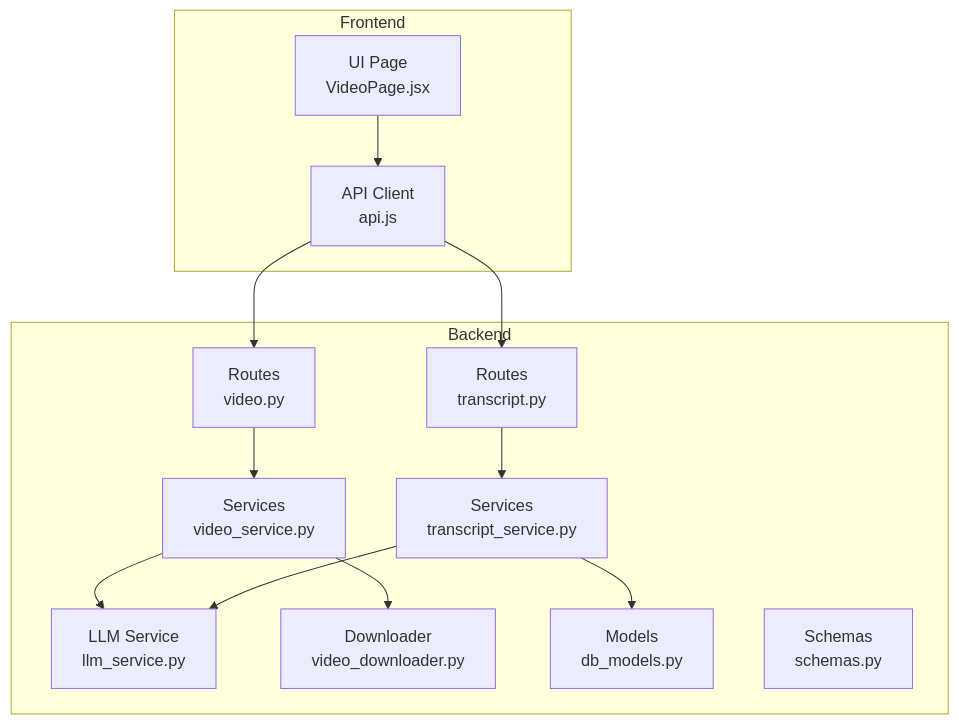
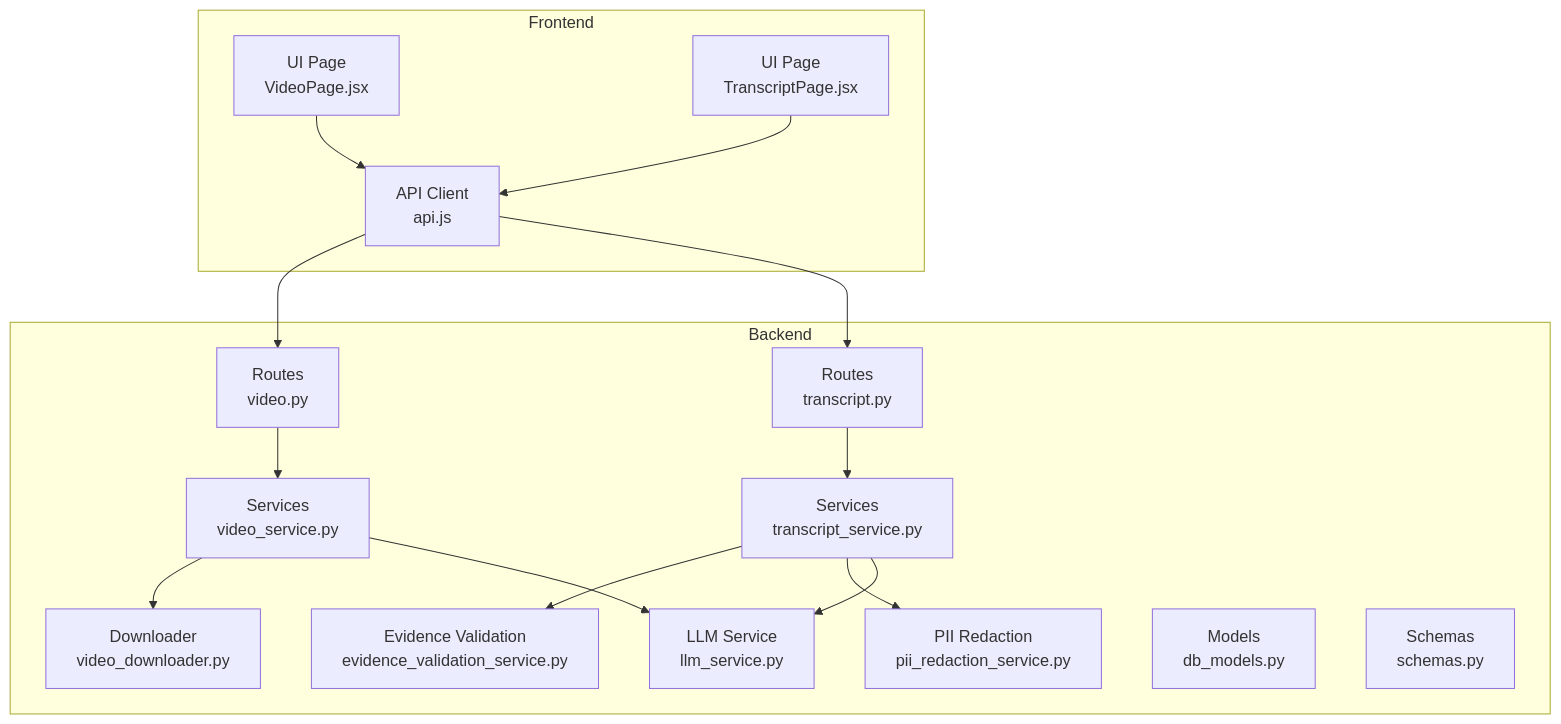
Before and after one commit to Revanththetalogics/aireume: the first of 3 diagrams in .qoder/repowiki/en/content/API Reference/Video Interview API.md, drawn with Mermaid. The commit also changed other lines of this file and 20 other files, not shown here.

````diff
--- a/.qoder/repowiki/en/content/API Reference/Video Interview API.md
+++ b/.qoder/repowiki/en/content/API Reference/Video Interview API.md
@@ -53,26 +60,31 @@
 ```mermaid
 graph TB
 subgraph "Backend"
 R1["Routes<br/>video.py"]
 R2["Routes<br/>transcript.py"]
 S1["Services<br/>video_service.py"]
 S2["Services<br/>transcript_service.py"]
 S3["LLM Service<br/>llm_service.py"]
+S4["Evidence Validation<br/>evidence_validation_service.py"]
+S5["PII Redaction<br/>pii_redaction_service.py"]
 D1["Downloader<br/>video_downloader.py"]
 M1["Models<br/>db_models.py"]
-S4["Schemas<br/>schemas.py"]
+S6["Schemas<br/>schemas.py"]
 end
 subgraph "Frontend"
 F1["API Client<br/>api.js"]
 F2["UI Page<br/>VideoPage.jsx"]
+F3["UI Page<br/>TranscriptPage.jsx"]
 end
 F1 --> R1
 F1 --> R2
 R1 --> S1
 R2 --> S2
 S1 --> D1
-S2 --> M1
+S2 --> S4
+S2 --> S5
 S1 --> S3
 S2 --> S3
 F2 --> F1
+F3 --> F1
 ```
````
